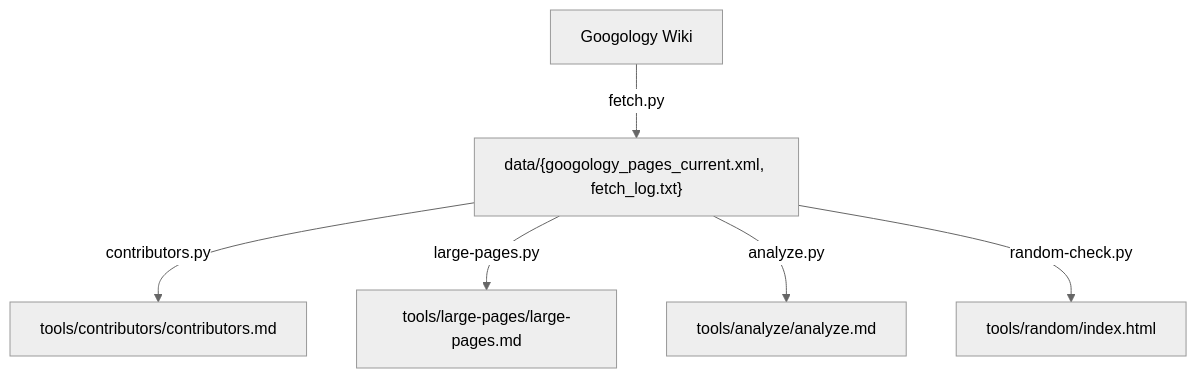
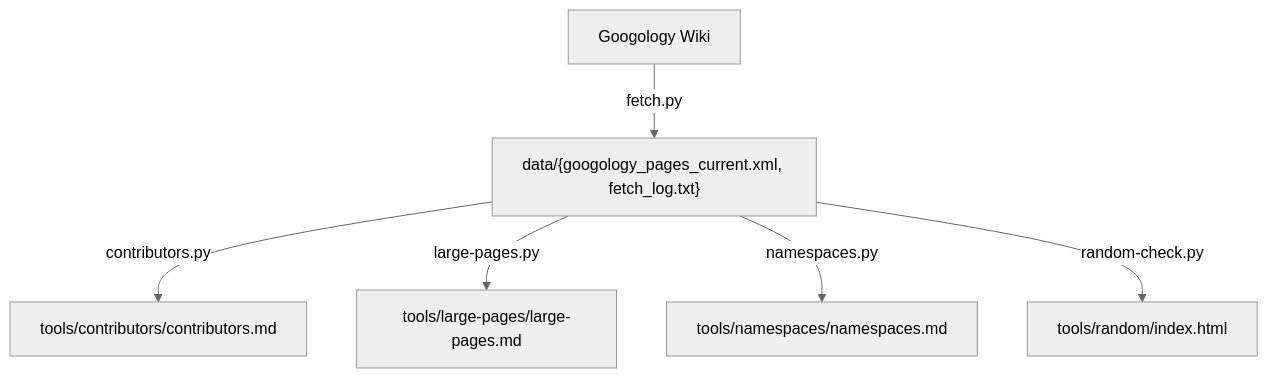
One commit to koteitan/googolbook-lm changed the diagram in README.md. Above: the diagram before and after it, drawn with Mermaid (neutral theme). The commit also changed other lines of this file and 4 other files, not shown here.

First line of the commit message:
Rename analyze tool to namespaces tool

````diff
--- a/README.md
+++ b/README.md
@@ -14,8 +14,8 @@
 ```mermaid
 graph TD
     A[Googology Wiki] -->|fetch.py| B["data/{googology_pages_current.xml, fetch_log.txt}"]
     B -->|contributors.py| C[tools/contributors/contributors.md]
     B -->|large-pages.py| D[tools/large-pages/large-pages.md]
-    B -->|analyze.py| E[tools/analyze/analyze.md]
+    B -->|namespaces.py| E[tools/namespaces/namespaces.md]
     B -->|random-check.py| F[tools/random/index.html]
 ```
````
